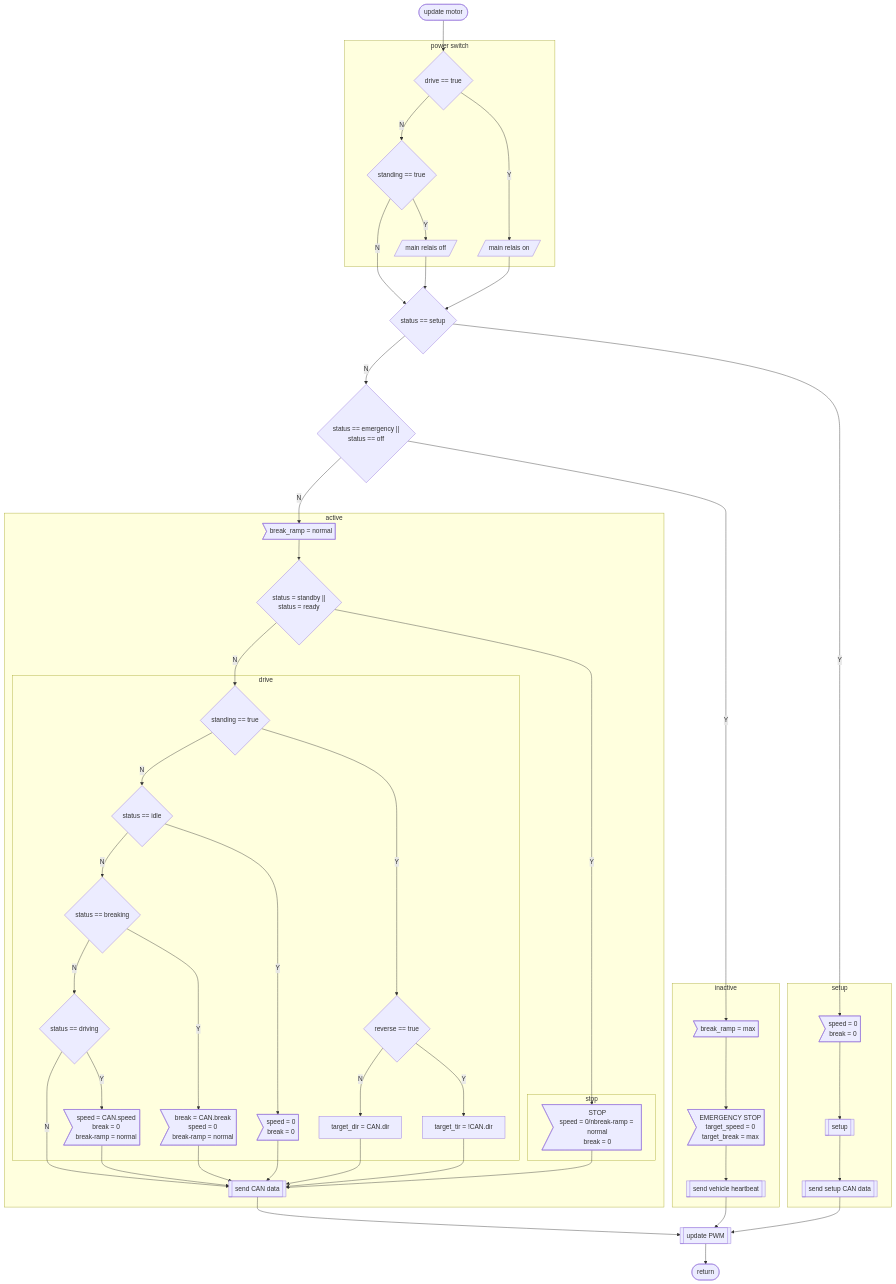
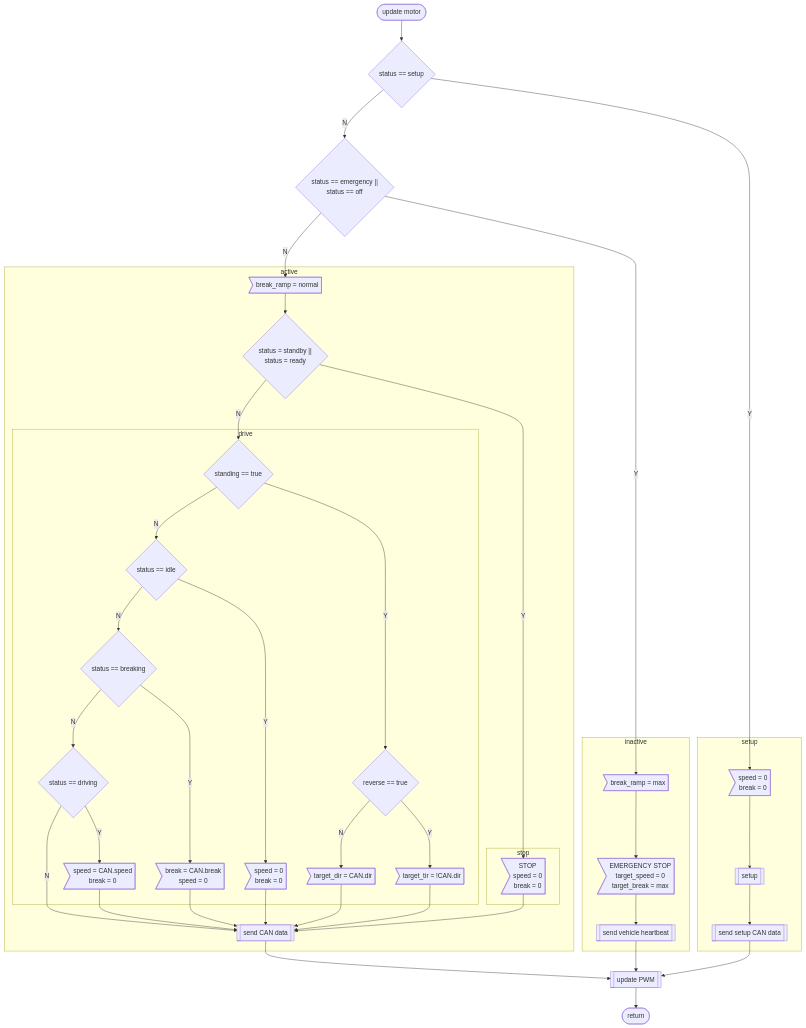
Before and after one commit to loco-can/loco-can-software: the fifth of 7 diagrams in Loco_can_motor/FLOWCHART.md, drawn with Mermaid. The commit also changed other lines of this file and 3 other files, not shown here.

Commit message:
motor new flow conversion started

```diff
--- a/Loco_can_motor/FLOWCHART.md
+++ b/Loco_can_motor/FLOWCHART.md
@@ -177,13 +170,6 @@
 %% definitions
 START([update motor]);
 IS_EMERGENCY{"status == emergency || \nstatus == off"};
-
-subgraph power switch
-    IS_DRIVE_ON{drive == true};
-    MAIN_ON[/main relais on/];
-    MAIN_IS_STANDING{standing == true};
-    MAIN_OFF[/main relais off/];
-end
 
 subgraph inactive
     BREAK_RAMP_MAX>break_ramp = max];
@@ -197,7 +183,7 @@
     BREAK_RAMP_NORMAL>break_ramp = normal];
 
     subgraph stop
-        STOP>"STOP\nspeed = 0/nbreak-ramp = normal\nbreak = 0"];
+        STOP>"STOP\nspeed = 0\nbreak = 0"];
     end
 
     subgraph drive
@@ -206,11 +192,11 @@
         IS_BREAKING{status == breaking};
         IS_IDLE{status == idle};
         IDLE>"speed = 0\nbreak = 0"];
-        DRIVING>"speed = CAN.speed\nbreak = 0\nbreak-ramp = normal"];
-        BREAKING>"break = CAN.break\nspeed = 0\nbreak-ramp = normal"];
+        DRIVING>"speed = CAN.speed\nbreak = 0"];
+        BREAKING>"break = CAN.break\nspeed = 0"];
         IS_REVERSE{reverse == true};
-        SET_DIR[target_dir = CAN.dir];
-        SET_REV_DIR[target_tir = !CAN.dir];
+        SET_DIR>target_dir = CAN.dir];
+        SET_REV_DIR>target_tir = !CAN.dir];
     end
 
     SEND[[send CAN data]];
@@ -228,11 +214,7 @@
 RETURN([return]);
 
 %% flow
-START --> IS_DRIVE_ON;
-IS_DRIVE_ON --> |N| MAIN_IS_STANDING;
-MAIN_IS_STANDING --> |N| IS_SETUP;
-MAIN_IS_STANDING --> |Y| MAIN_OFF --> IS_SETUP;
-IS_DRIVE_ON --> |Y| MAIN_ON --> IS_SETUP;
+START --> IS_SETUP;
 IS_SETUP --> |N| IS_EMERGENCY;
 IS_SETUP --> |Y| SETUP_STOP --> SETUP --> SEND_SETUP --> END;
 IS_EMERGENCY --> |N| BREAK_RAMP_NORMAL --> IS_STANDBY;
```
